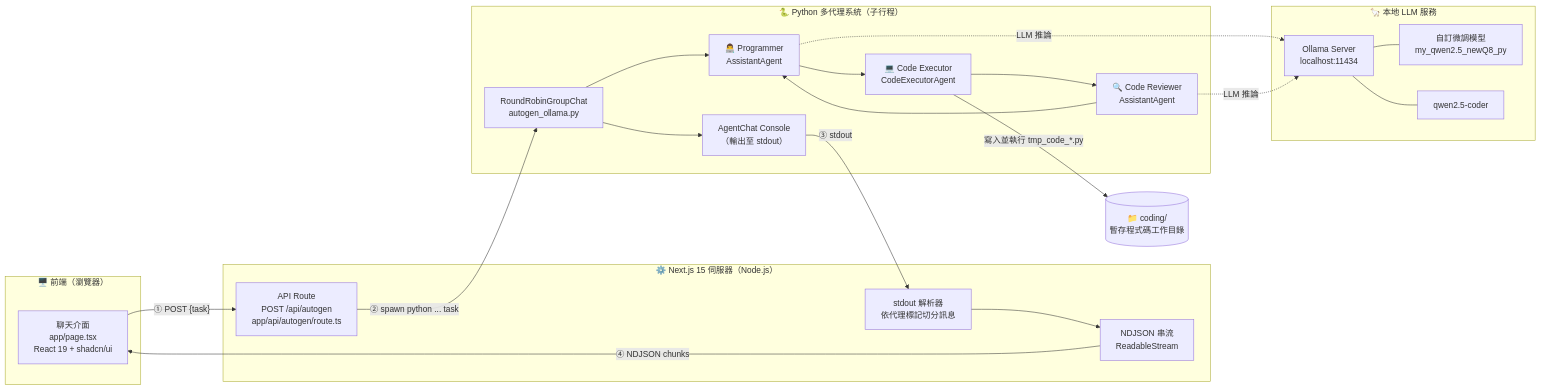
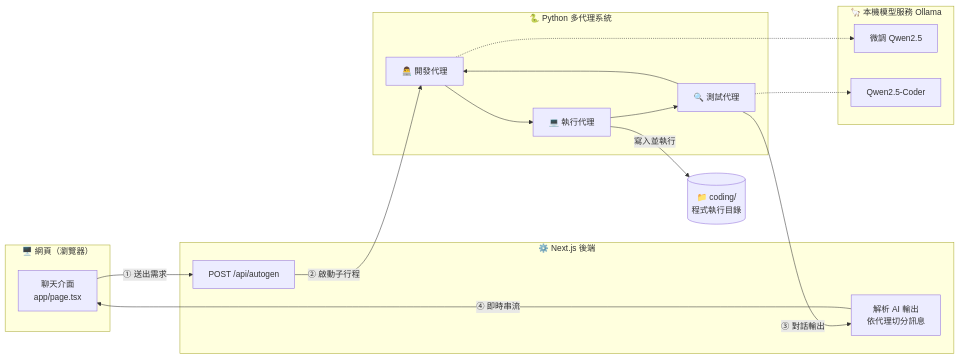
One commit to liuleo0518/MultiAgent_system changed the diagram in README.md. Above: the diagram before and after it, drawn with Mermaid. The commit also changed other lines of this file and 14 other files, not shown here.

````diff
--- a/README.md
+++ b/README.md
@@ -152,41 +118,33 @@
 ```mermaid
 flowchart LR
-    subgraph Browser["🖥️ 前端（瀏覽器）"]
-        UI["聊天介面<br/>app/page.tsx<br/>React 19 + shadcn/ui"]
+    subgraph Browser["🖥️ 網頁（瀏覽器）"]
+        UI["聊天介面<br/>app/page.tsx"]
     end
 
-    subgraph Next["⚙️ Next.js 15 伺服器（Node.js）"]
-        API["API Route<br/>POST /api/autogen<br/>app/api/autogen/route.ts"]
-        Parser["stdout 解析器<br/>依代理標記切分訊息"]
-        Stream["NDJSON 串流<br/>ReadableStream"]
+    subgraph Next["⚙️ Next.js 後端"]
+        API["POST /api/autogen"]
+        Parser["解析 AI 輸出<br/>依代理切分訊息"]
     end
 
-    subgraph Py["🐍 Python 多代理系統（子行程）"]
-        Team["RoundRobinGroupChat<br/>autogen_ollama.py"]
-        P["👨‍💻 Programmer<br/>AssistantAgent"]
-        E["💻 Code Executor<br/>CodeExecutorAgent"]
-        R["🔍 Code Reviewer<br/>AssistantAgent"]
-        Console["AgentChat Console<br/>（輸出至 stdout）"]
+    subgraph Py["🐍 Python 多代理系統"]
+        P["👨‍💻 開發代理"]
+        E["💻 執行代理"]
+        R["🔍 測試代理"]
     end
 
-    subgraph Local["🦙 本地 LLM 服務"]
-        Ollama["Ollama Server<br/>localhost:11434"]
-        M1["自訂微調模型<br/>my_qwen2.5_newQ8_py"]
-        M2["qwen2.5-coder"]
+    subgraph Local["🦙 本機模型服務 Ollama"]
+        M1["微調 Qwen2.5"]
+        M2["Qwen2.5-Coder"]
     end
 
-    FS[("📁 coding/<br/>暫存程式碼工作目錄")]
+    FS[("📁 coding/<br/>程式執行目錄")]
 
-    UI -- "① POST {task}" --> API
-    API -- "② spawn python ... task" --> Team
-    Team --> P --> E --> R --> P
-    P -. "LLM 推論" .-> Ollama
-    R -. "LLM 推論" .-> Ollama
-    Ollama --- M1
-    Ollama --- M2
-    E -- "寫入並執行 tmp_code_*.py" --> FS
-    Team --> Console
-    Console -- "③ stdout" --> Parser
-    Parser --> Stream
-    Stream -- "④ NDJSON chunks" --> UI
+    UI -- "① 送出需求" --> API
+    API -- "② 啟動子行程" --> P
+    P --> E --> R --> P
+    P -.-> M1
+    R -.-> M2
+    E -- "寫入並執行" --> FS
+    R -- "③ 對話輸出" --> Parser
+    Parser -- "④ 即時串流" --> UI
 ```
````
